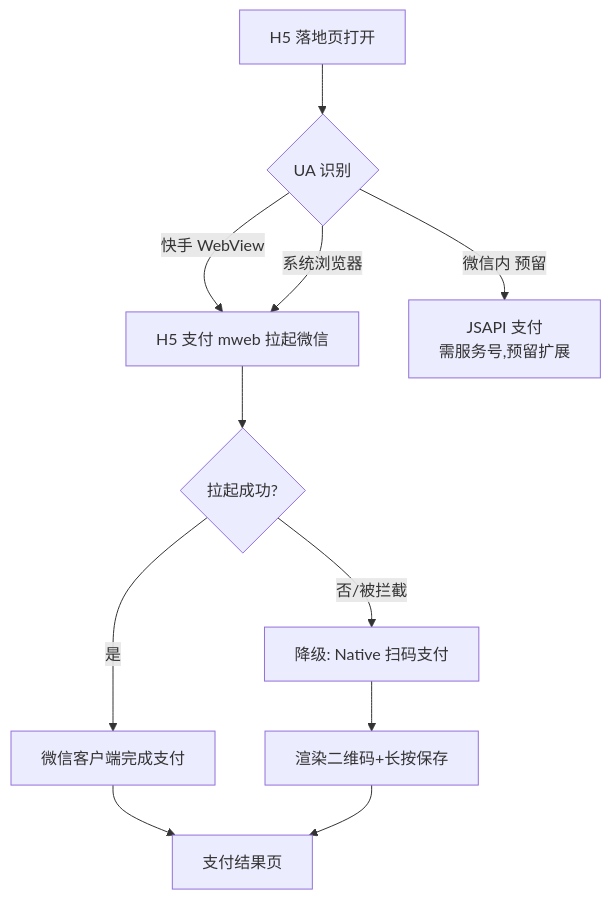
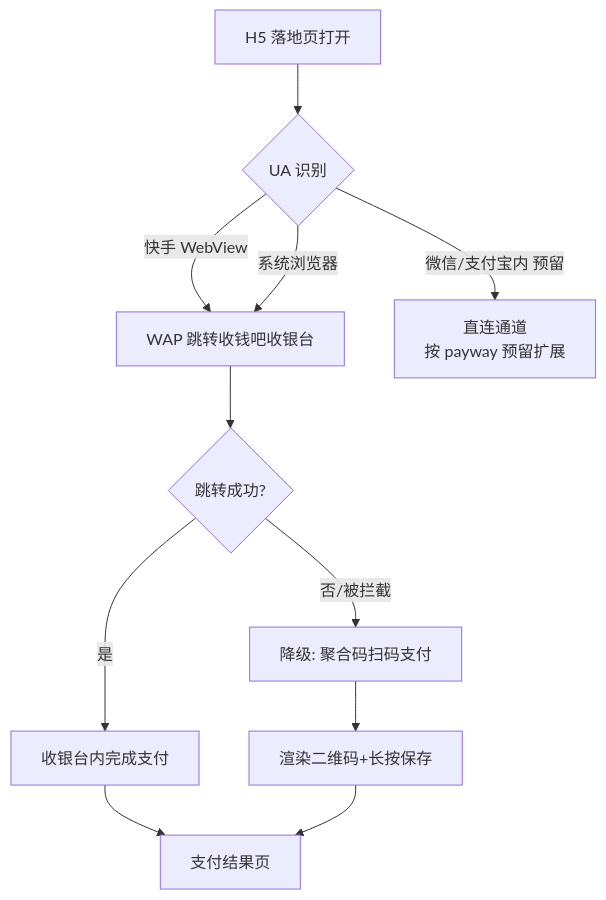
Before and after one commit to LiquorXR/yycs: the first of 5 diagrams in doc/开发文档.md, drawn with Mermaid. The commit also changed other lines of this file and 28 other files, not shown here.

````diff
--- a/doc/开发文档.md
+++ b/doc/开发文档.md
@@ -29,13 +29,13 @@
 ```mermaid
 flowchart TD
     A[H5 落地页打开] --> B{UA 识别}
-    B -->|快手 WebView| C[H5 支付 mweb 拉起微信]
+    B -->|快手 WebView| C[WAP 跳转收钱吧收银台]
     B -->|系统浏览器| C
-    B -->|微信内 预留| E[JSAPI 支付<br>需服务号,预留扩展]
-    C --> F{拉起成功?}
-    F -->|是| G[微信客户端完成支付]
-    F -->|否/被拦截| H[降级: Native 扫码支付]
+    B -->|微信/支付宝内 预留| E[直连通道<br>按 payway 预留扩展]
+    C --> F{跳转成功?}
+    F -->|是| G[收银台内完成支付]
+    F -->|否/被拦截| H[降级: 聚合码扫码支付]
     H --> I[渲染二维码+长按保存]
     G --> J[支付结果页]
     I --> J
 ```
````
